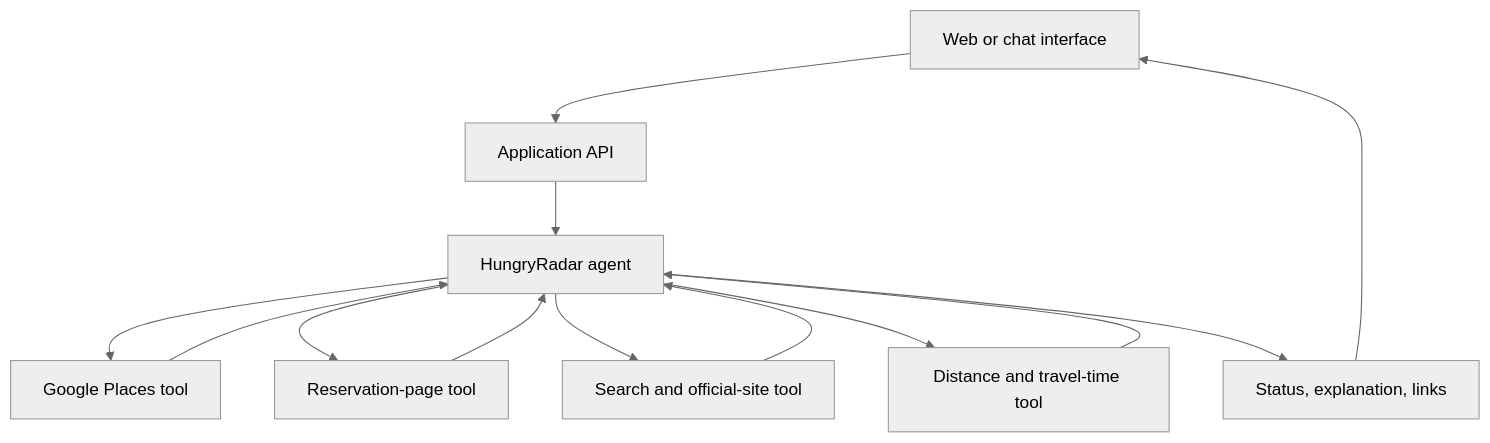
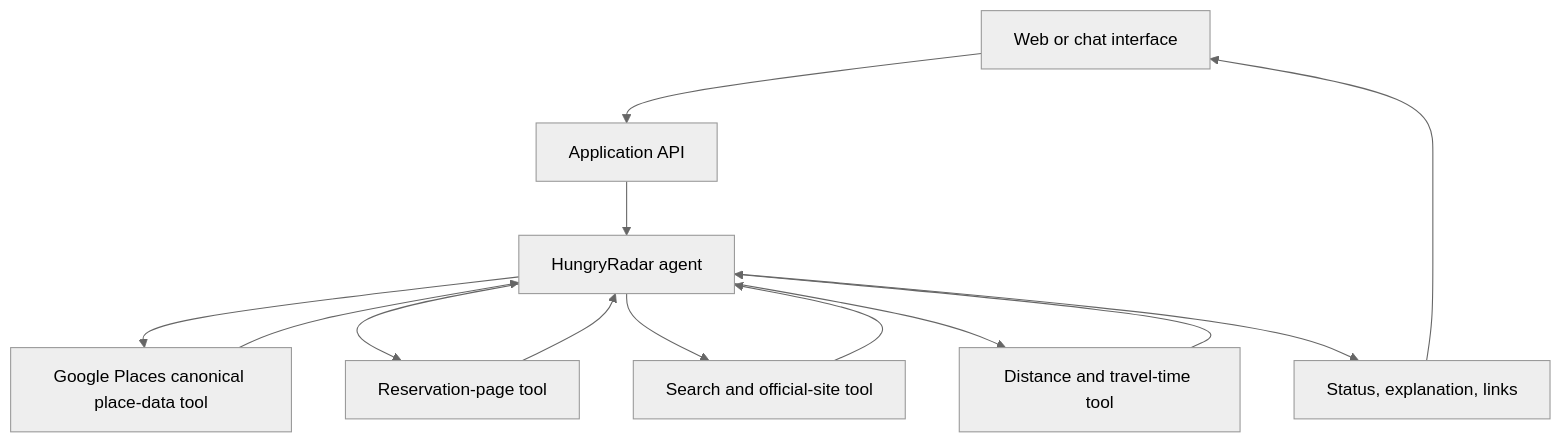
Before and after one commit to maxbov1/hungryradar: the third of 4 diagrams in README.md, drawn with Mermaid (neutral theme). The commit also changed other lines of this file and 1 other file, not shown here.

Commit message:
docs: make Google Places canonical place source

````diff
--- a/README.md
+++ b/README.md
@@ -117,18 +117,18 @@
 ```mermaid
 flowchart TB
     UI[Web or chat interface] --> API[Application API]
     API --> Agent[HungryRadar agent]
 
-    Agent --> Places[Google Places tool]
+    Agent --> Places[Google Places canonical place-data tool]
     Agent --> Booking[Reservation-page tool]
     Agent --> Search[Search and official-site tool]
     Agent --> Travel[Distance and travel-time tool]
 
     Places --> Agent
     Booking --> Agent
     Search --> Agent
     Travel --> Agent
 
     Agent --> Result[Status, explanation, links]
     Result --> UI
 ```
````
